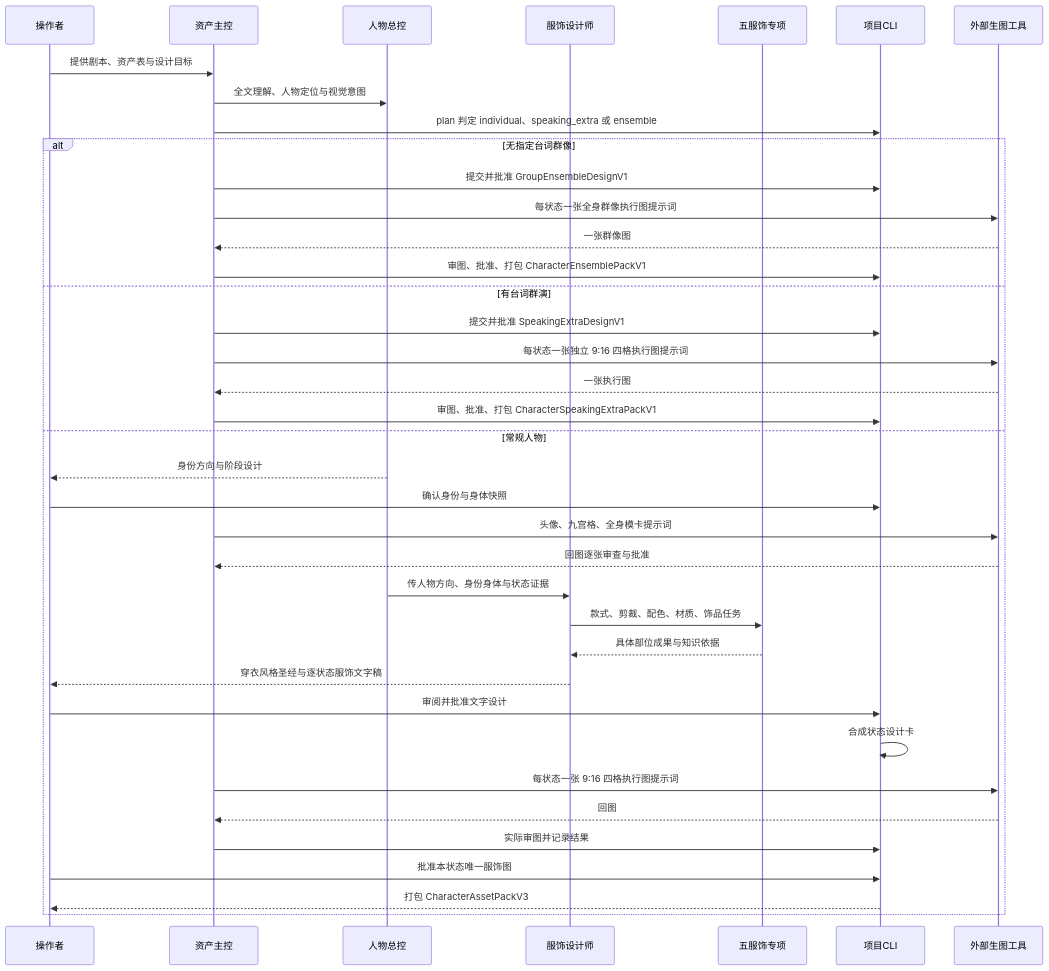
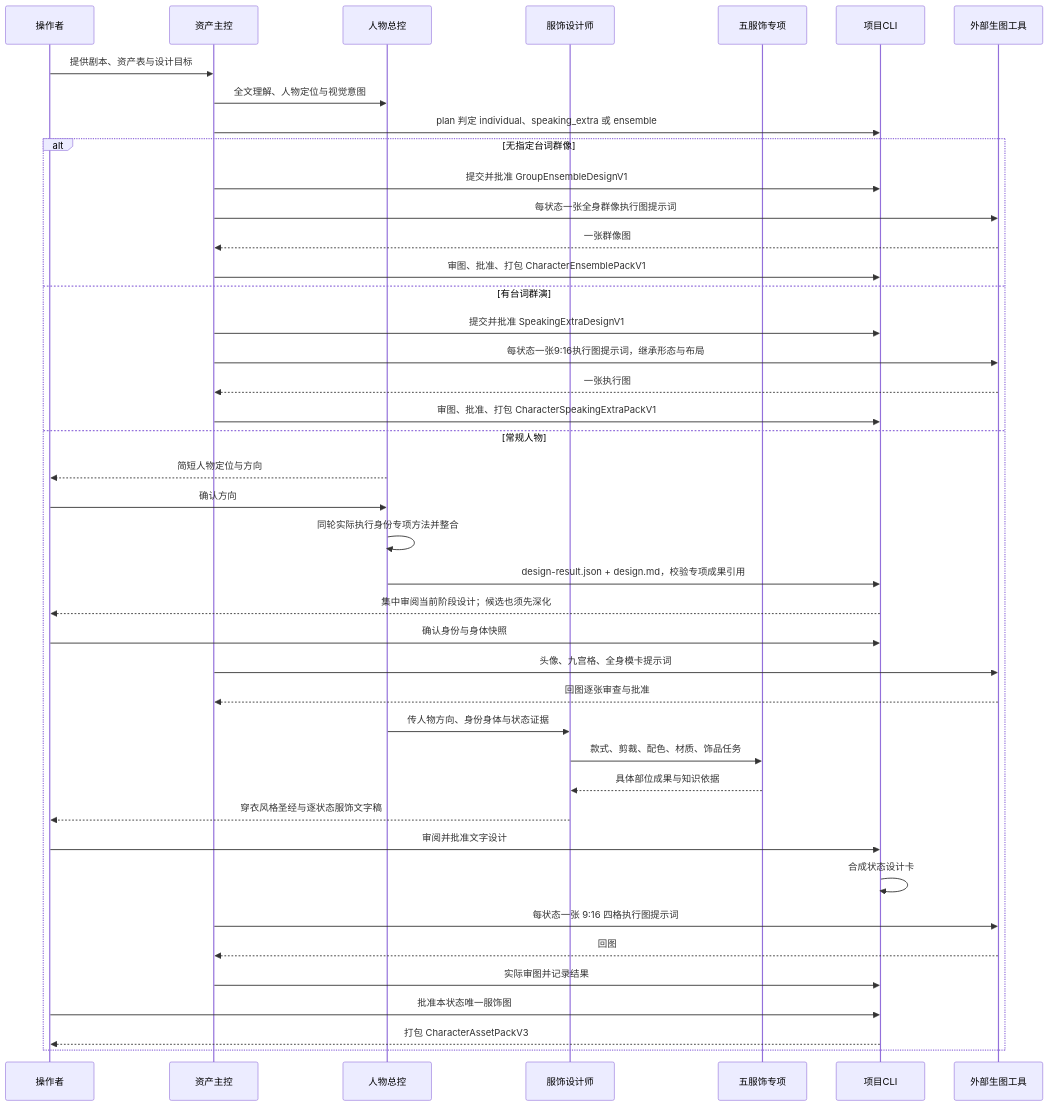
The second of 3 diagrams in character-assets/README.md (kaibaoxiang-studio/ZiChan), drawn with Mermaid before and after one commit. The commit also changed other lines of this file and 46 other files, not shown here.

````diff
--- a/character-assets/README.md
+++ b/character-assets/README.md
@@ -83,40 +92,44 @@
 ```mermaid
 sequenceDiagram
     participant U as 操作者
     participant P as 资产主控
     participant D as 人物总控
     participant W as 服饰设计师
     participant S as 五服饰专项
     participant C as 项目CLI
     participant G as 外部生图工具
     U->>P: 提供剧本、资产表与设计目标
     P->>D: 全文理解、人物定位与视觉意图
     P->>C: plan 判定 individual、speaking_extra 或 ensemble
     alt 无指定台词群像
         P->>C: 提交并批准 GroupEnsembleDesignV1
         P->>G: 每状态一张全身群像执行图提示词
         G-->>P: 一张群像图
         P->>C: 审图、批准、打包 CharacterEnsemblePackV1
     else 有台词群演
         P->>C: 提交并批准 SpeakingExtraDesignV1
-        P->>G: 每状态一张独立 9:16 四格执行图提示词
+        P->>G: 每状态一张9:16执行图提示词，继承形态与布局
         G-->>P: 一张执行图
         P->>C: 审图、批准、打包 CharacterSpeakingExtraPackV1
     else 常规人物
-    D-->>U: 身份方向与阶段设计
+    D-->>U: 简短人物定位与方向
+    U->>D: 确认方向
+    D->>D: 同轮实际执行身份专项方法并整合
+    D->>C: design-result.json + design.md，校验专项成果引用
+    C-->>U: 集中审阅当前阶段设计；候选也须先深化
     U->>C: 确认身份与身体快照
     P->>G: 头像、九宫格、全身模卡提示词
     G-->>P: 回图逐张审查与批准
     D->>W: 传人物方向、身份身体与状态证据
     W->>S: 款式、剪裁、配色、材质、饰品任务
     S-->>W: 具体部位成果与知识依据
     W-->>U: 穿衣风格圣经与逐状态服饰文字稿
     U->>C: 审阅并批准文字设计
     C->>C: 合成状态设计卡
     P->>G: 每状态一张 9:16 四格执行图提示词
     G-->>P: 回图
     P->>C: 实际审图并记录结果
     U->>C: 批准本状态唯一服饰图
     C-->>U: 打包 CharacterAssetPackV3
     end
 ```
````
